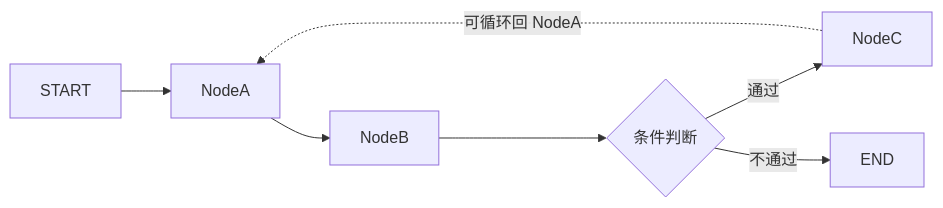
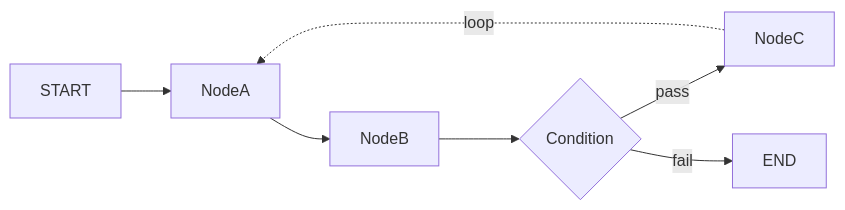
One commit to Timwood0x10/ARES changed the first of 2 diagrams in docs/framework-comparison-langchain-crewai-agentscope-goagent-en.md. Above: the diagram before and after it, drawn with Mermaid. The commit also changed other lines of this file and 9 other files, not shown here.

````diff
--- a/docs/framework-comparison-langchain-crewai-agentscope-goagent-en.md
+++ b/docs/framework-comparison-langchain-crewai-agentscope-goagent-en.md
@@ -55,9 +84,9 @@
 ```mermaid
 flowchart LR
     START --> NodeA
     NodeA --> NodeB
-    NodeB --> Condition{条件判断}
-    Condition -->|通过| NodeC
-    NodeC -.->|可循环回 NodeA| NodeA
-    Condition -->|不通过| END
+    NodeB --> Condition{Condition}
+    Condition -->|pass| NodeC
+    Condition -->|fail| END
+    NodeC -.->|loop| NodeA
 ```
````
